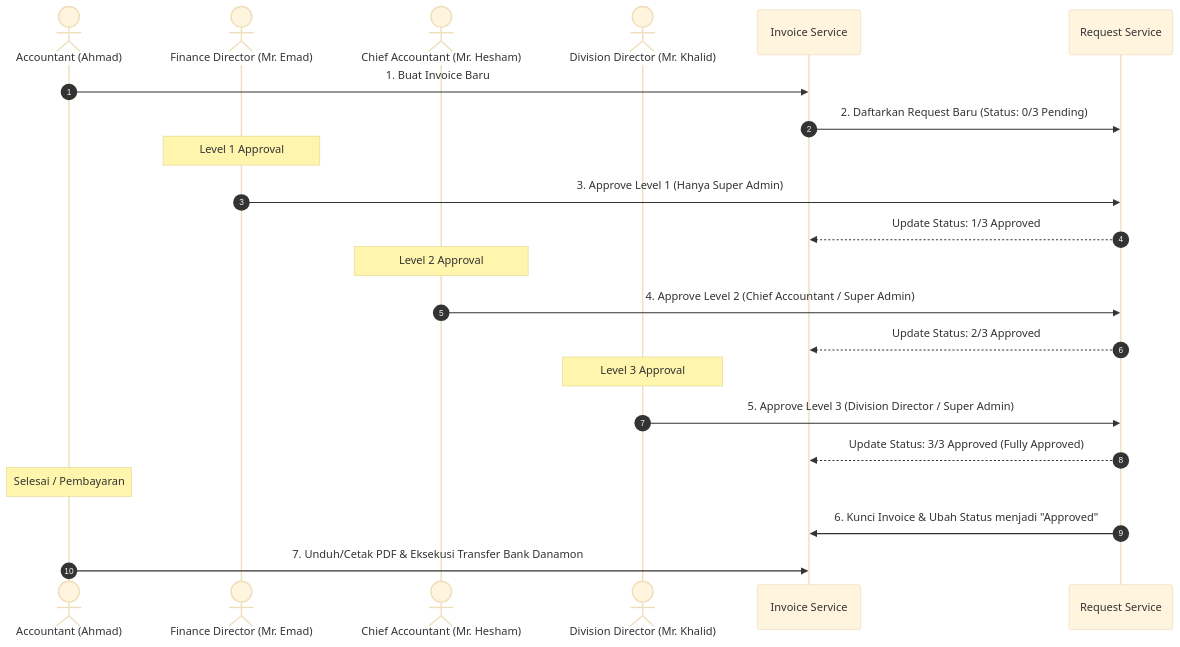
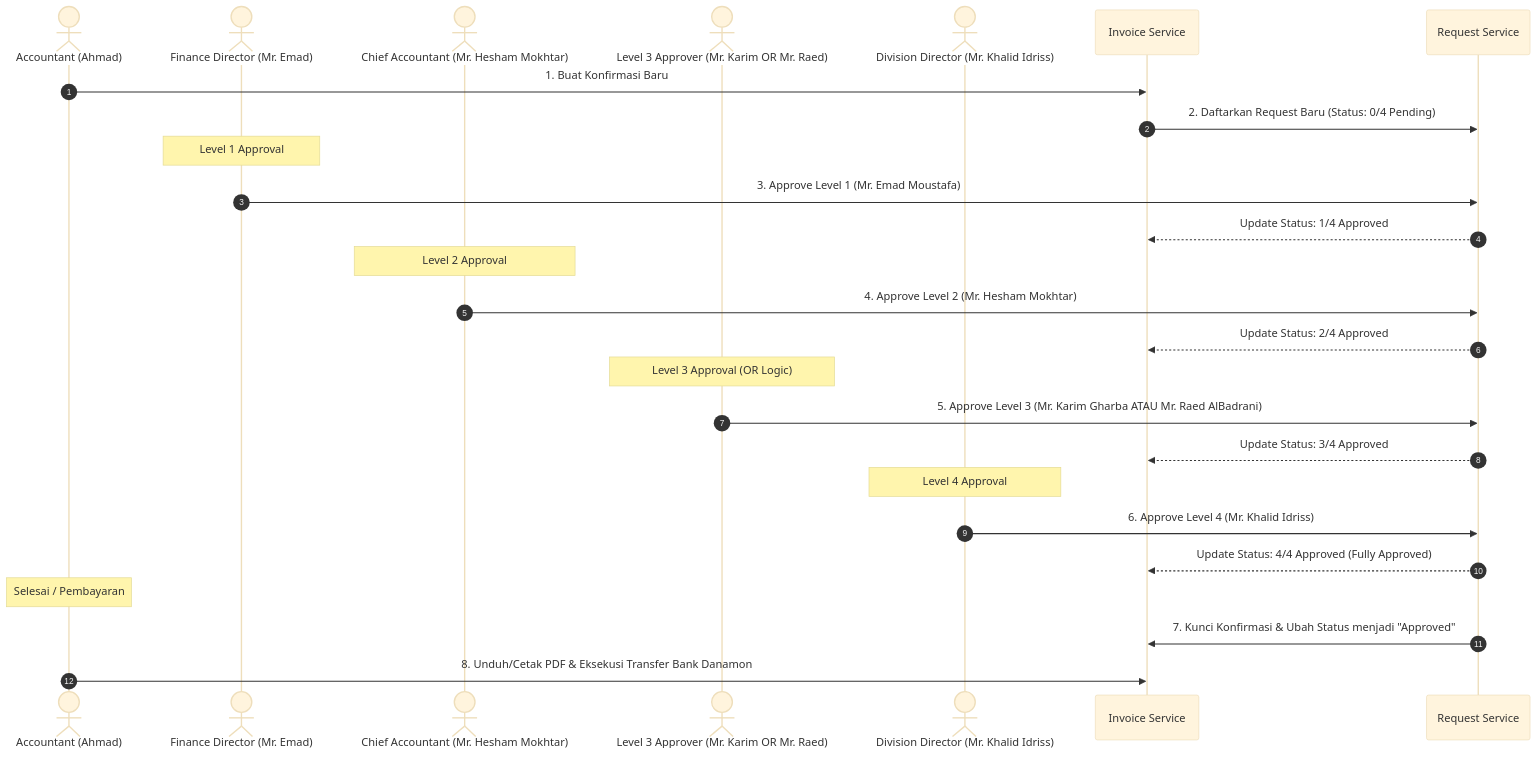
One commit to dimasalvarizk/finance-system changed the second of 2 diagrams in README.md. Above: the diagram before and after it, drawn with Mermaid (base theme). The commit also changed other lines of this file, not shown here.

Commit message:
docs: update README.md to reflect new system specs, enums, 4-level workflow, and Docker deployment methods

````diff
--- a/README.md
+++ b/README.md
@@ -102,27 +101,32 @@
 ```mermaid
 sequenceDiagram
     autonumber
     actor Accountant as Accountant (Ahmad)
     actor FD as Finance Director (Mr. Emad)
-    actor CA as Chief Accountant (Mr. Hesham)
-    actor DD as Division Director (Mr. Khalid)
+    actor CA as Chief Accountant (Mr. Hesham Mokhtar)
+    actor L3 as Level 3 Approver (Mr. Karim OR Mr. Raed)
+    actor DD as Division Director (Mr. Khalid Idriss)
 
-    Accountant->>Invoice Service: 1. Buat Invoice Baru
-    Invoice Service->>Request Service: 2. Daftarkan Request Baru (Status: 0/3 Pending)
+    Accountant->>Invoice Service: 1. Buat Konfirmasi Baru
+    Invoice Service->>Request Service: 2. Daftarkan Request Baru (Status: 0/4 Pending)
     
     Note over FD: Level 1 Approval
-    FD->>Request Service: 3. Approve Level 1 (Hanya Super Admin)
-    Request Service-->>Invoice Service: Update Status: 1/3 Approved
+    FD->>Request Service: 3. Approve Level 1 (Mr. Emad Moustafa)
+    Request Service-->>Invoice Service: Update Status: 1/4 Approved
 
     Note over CA: Level 2 Approval
-    CA->>Request Service: 4. Approve Level 2 (Chief Accountant / Super Admin)
-    Request Service-->>Invoice Service: Update Status: 2/3 Approved
+    CA->>Request Service: 4. Approve Level 2 (Mr. Hesham Mokhtar)
+    Request Service-->>Invoice Service: Update Status: 2/4 Approved
 
-    Note over DD: Level 3 Approval
-    DD->>Request Service: 5. Approve Level 3 (Division Director / Super Admin)
-    Request Service-->>Invoice Service: Update Status: 3/3 Approved (Fully Approved)
+    Note over L3: Level 3 Approval (OR Logic)
+    L3->>Request Service: 5. Approve Level 3 (Mr. Karim Gharba ATAU Mr. Raed AlBadrani)
+    Request Service-->>Invoice Service: Update Status: 3/4 Approved
+
+    Note over DD: Level 4 Approval
+    DD->>Request Service: 6. Approve Level 4 (Mr. Khalid Idriss)
+    Request Service-->>Invoice Service: Update Status: 4/4 Approved (Fully Approved)
     
     Note over Accountant: Selesai / Pembayaran
-    Request Service->>Invoice Service: 6. Kunci Invoice & Ubah Status menjadi "Approved"
-    Accountant->>Invoice Service: 7. Unduh/Cetak PDF & Eksekusi Transfer Bank Danamon
+    Request Service->>Invoice Service: 7. Kunci Konfirmasi & Ubah Status menjadi "Approved"
+    Accountant->>Invoice Service: 8. Unduh/Cetak PDF & Eksekusi Transfer Bank Danamon
 ```
````
